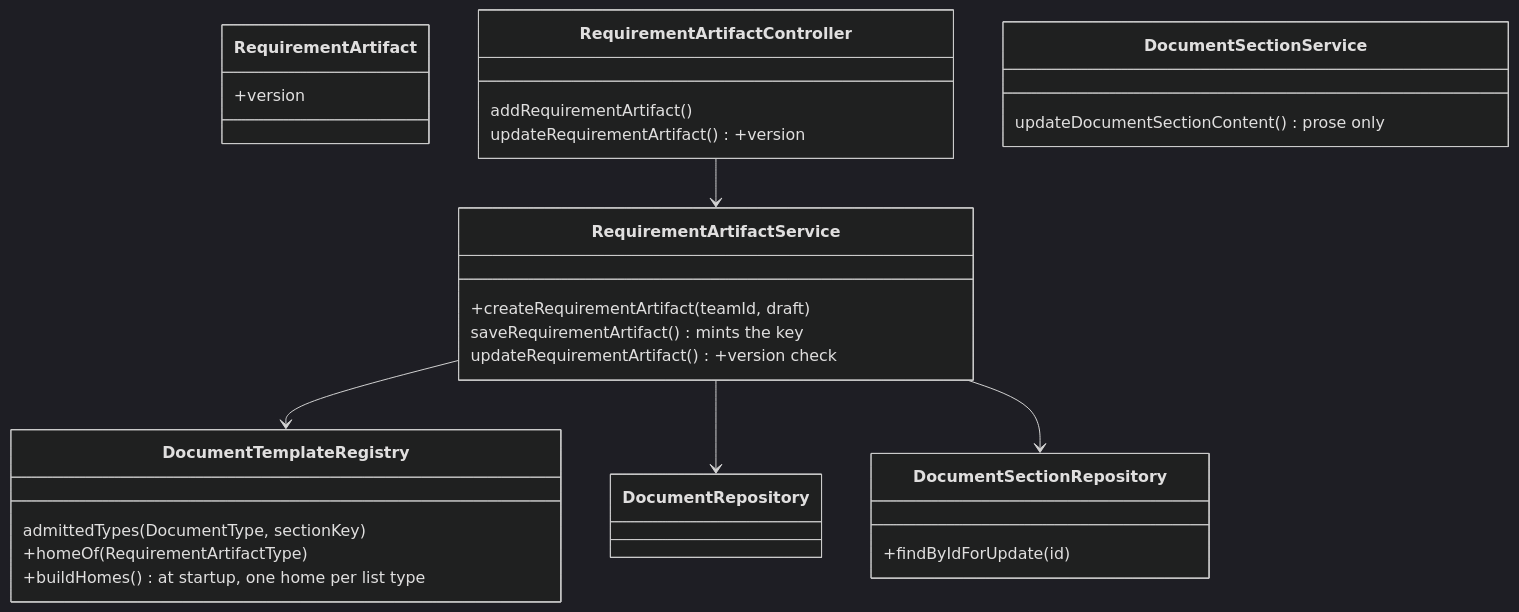
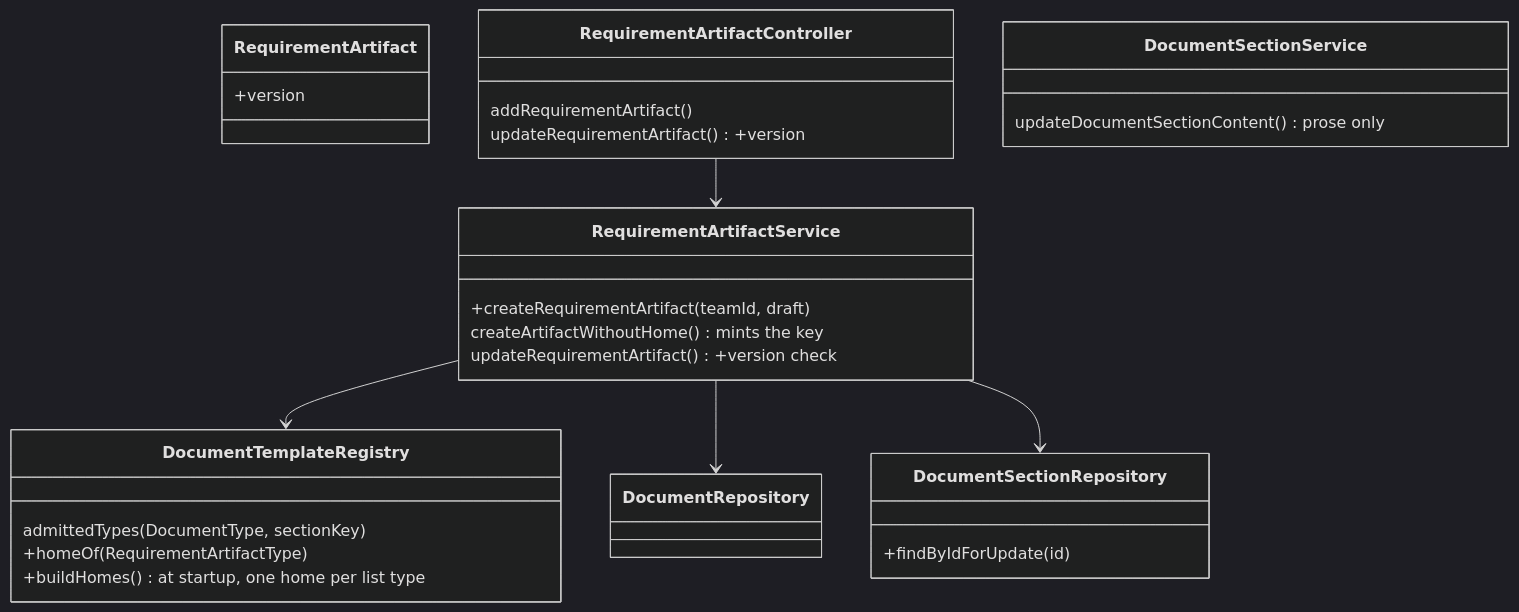
Before and after one commit to Washingtonwei/project-pulse: the first of 2 diagrams in docs/design/art.md, drawn with Mermaid (dark theme). The commit also changed other lines of this file and 4 other files, not shown here.

````diff
--- a/docs/design/art.md
+++ b/docs/design/art.md
@@ -25,30 +25,30 @@
 ```mermaid
 classDiagram
   class RequirementArtifact {
     +version
   }
   class DocumentTemplateRegistry {
     admittedTypes(DocumentType, sectionKey)
     +homeOf(RequirementArtifactType)
     +buildHomes() at startup, one home per list type
   }
   class DocumentSectionRepository {
     +findByIdForUpdate(id)
   }
   class RequirementArtifactController {
     addRequirementArtifact()
     updateRequirementArtifact() +version
   }
   class RequirementArtifactService {
     +createRequirementArtifact(teamId, draft)
-    saveRequirementArtifact() mints the key
+    createArtifactWithoutHome() mints the key
     updateRequirementArtifact() +version check
   }
   class DocumentSectionService {
     updateDocumentSectionContent() prose only
   }
   RequirementArtifactController --> RequirementArtifactService
   RequirementArtifactService --> DocumentTemplateRegistry
   RequirementArtifactService --> DocumentRepository
   RequirementArtifactService --> DocumentSectionRepository
 ```
````
